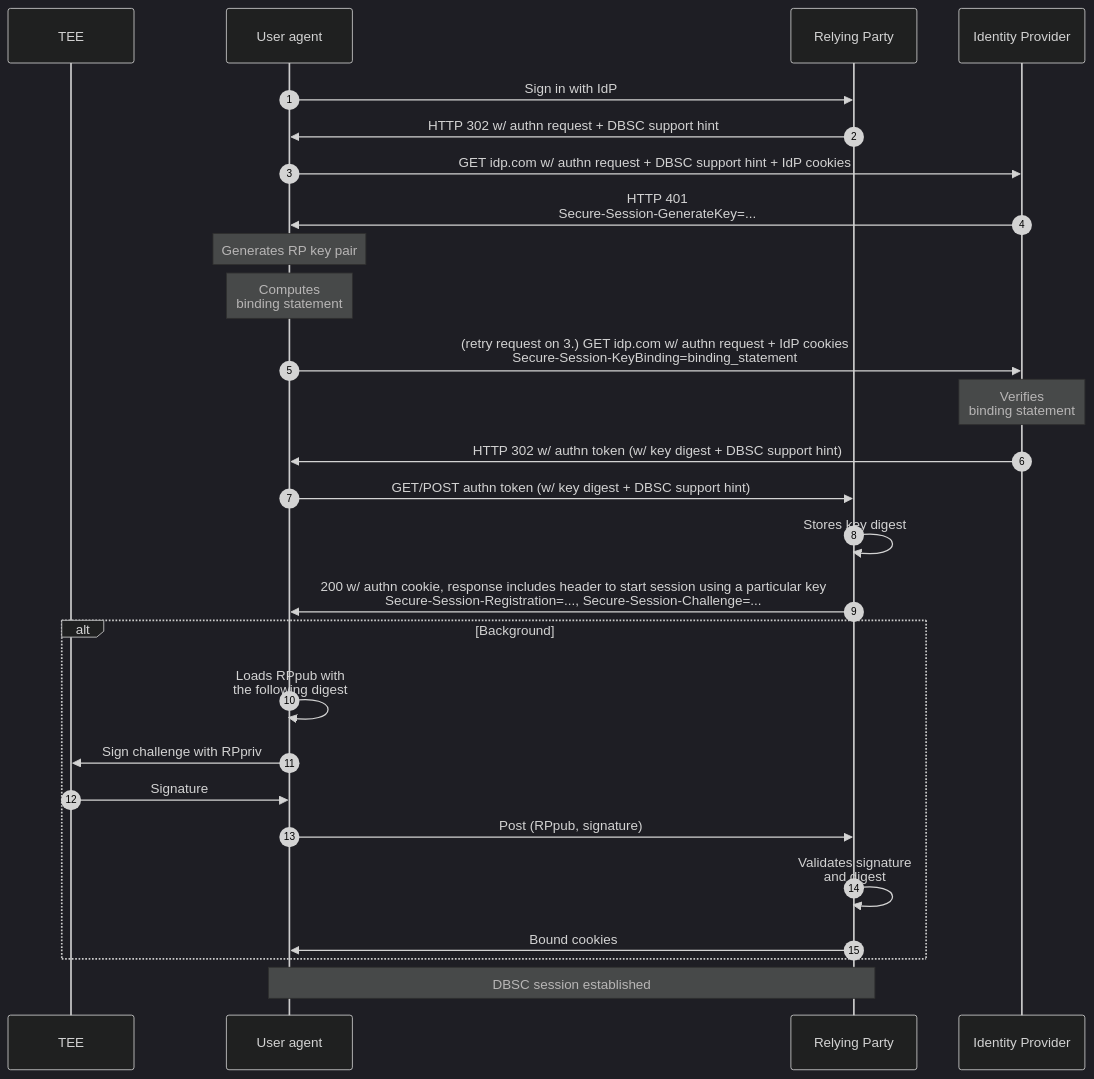
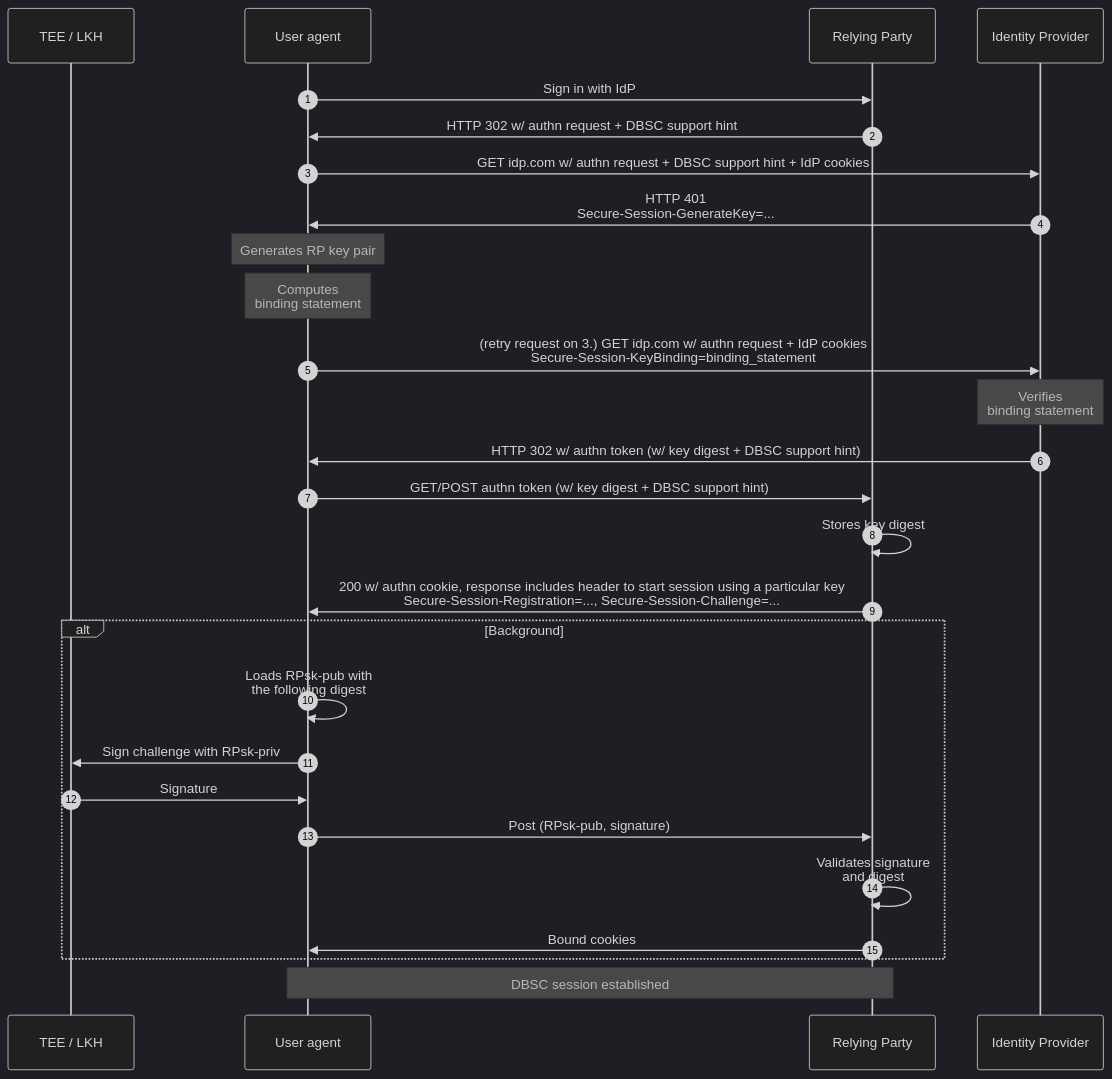
The fourth of 4 diagrams in README.md (lucasrsant/dbsc-sso), drawn with Mermaid (dark theme) before and after one commit. The commit also changed other lines of this file, not shown here.

Commit message:
Standardize key notation and update sequence diagram participants.
- Replace legacy `IdPKey`/`RPKey`, `(IdP_pk, IdP_pak)`, and `RPpub`/`RPpriv`
  notation with `$IdP_\text{sk}$`, `$RP_\text{sk}$`,
  `$(IdP_\text{sk-pub}, IdP_\text{ak-pub})$`, and `RPsk-pub`/`RPsk-priv`.
- Update the `TEE` participant label to `TEE / LKH` in the `High-level
  design` and `Relying Party's session initialization` sequence diagrams.

````diff
--- a/README.md
+++ b/README.md
@@ -441,31 +441,31 @@
 ```mermaid
 	sequenceDiagram
 		autonumber
 
-		participant t as  TEE
+		participant t as  TEE / LKH
 		participant  u  as  User  agent
 		participant  r  as  Relying  Party
 		participant  i  as  Identity  Provider
 
 		u->>r: Sign in with IdP
 		r->>u: HTTP 302 w/ authn request + DBSC support hint
 		u->>i: GET idp.com w/ authn request + DBSC support hint + IdP cookies
 		i->>u: HTTP 401<br>Secure-Session-GenerateKey=...
 		note  over  u: Generates RP key pair
 		note  over  u: Computes<br>binding statement
 		u->>i: (retry request on 3.) GET idp.com w/ authn request + IdP cookies<br>Secure-Session-KeyBinding=binding_statement
 		note  over  i: Verifies<br>binding statement
 		i->>u: HTTP 302 w/ authn token (w/ key digest + DBSC support hint)
 		u->>r: GET/POST authn token (w/ key digest + DBSC support hint)
 		r->>r: Stores key digest
 		r->>u: 200 w/ authn cookie, response includes header to start session using a particular key<br>Secure-Session-Registration=..., Secure-Session-Challenge=...
 		alt  Background
-			u->>u: Loads RPpub with<br>the following digest
-			u->>t: Sign challenge with RPpriv
+			u->>u: Loads RPsk-pub with<br>the following digest
+			u->>t: Sign challenge with RPsk-priv
 			t->>u: Signature
-			u->>r: Post (RPpub, signature)
+			u->>r: Post (RPsk-pub, signature)
 			r->>r: Validates signature<br>and digest
 			r->>u: Bound cookies
 		end
 		note  over  u, r: DBSC session established
 ```
````
